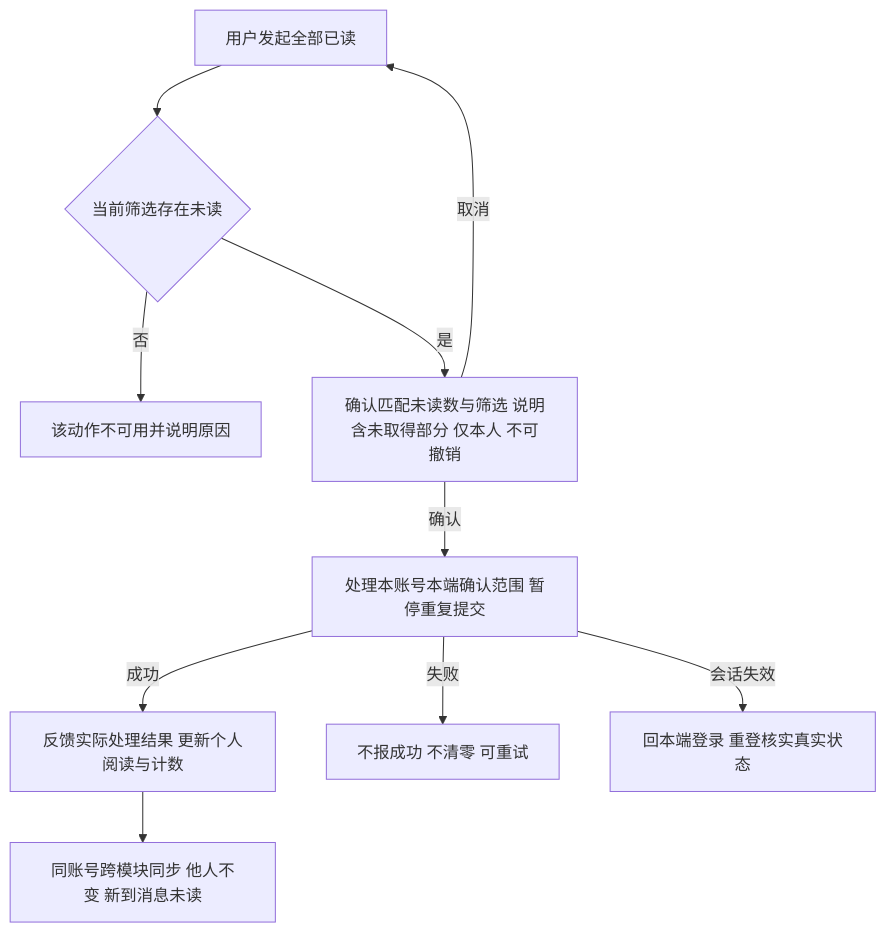
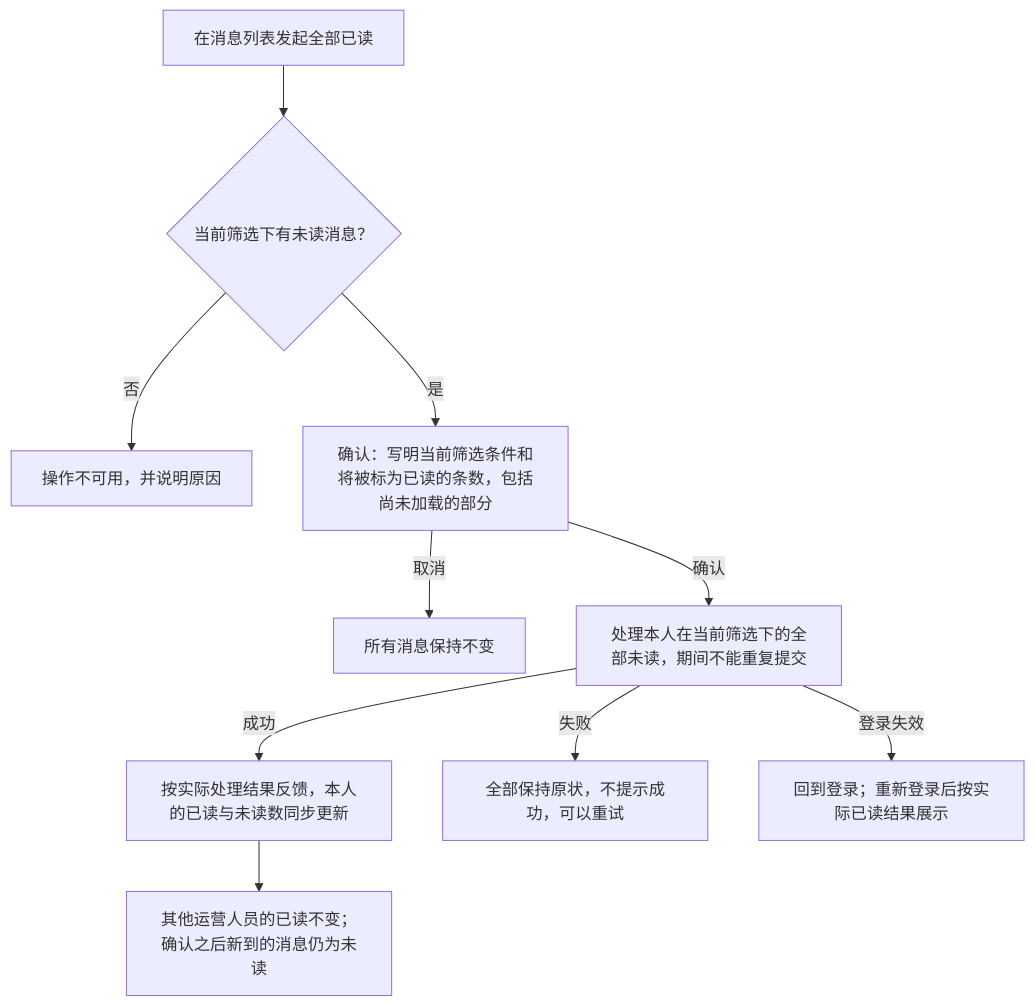
Before and after one commit to wxblockchain/Chain-Financing: the fourth of 7 diagrams in lending-platform/PRD/运营端/07-运营端消息通知/02-运营端消息通知-流程图与状态机.md, drawn with Mermaid. The commit also changed other lines of this file and 6 other files, not shown here.

````diff
--- a/lending-platform/PRD/运营端/07-运营端消息通知/02-运营端消息通知-流程图与状态机.md
+++ b/lending-platform/PRD/运营端/07-运营端消息通知/02-运营端消息通知-流程图与状态机.md
@@ -99,12 +93,12 @@
 ```mermaid
 flowchart TD
-    A[用户发起全部已读] --> B{当前筛选存在未读}
-    B -->|否| C[该动作不可用并说明原因]
-    B -->|是| D[确认匹配未读数与筛选 说明含未取得部分 仅本人 不可撤销]
-    D -->|取消| A
-    D -->|确认| E[处理本账号本端确认范围 暂停重复提交]
-    E -->|成功| F[反馈实际处理结果 更新个人阅读与计数]
-    E -->|失败| G[不报成功 不清零 可重试]
-    E -->|会话失效| H[回本端登录 重登核实真实状态]
-    F --> I[同账号跨模块同步 他人不变 新到消息未读]
+    A["在消息列表发起全部已读"] --> B{"当前筛选下有未读消息？"}
+    B -->|否| C["操作不可用，并说明原因"]
+    B -->|是| D["确认：写明当前筛选条件和将被标为已读的条数，包括尚未加载的部分"]
+    D -->|取消| E["所有消息保持不变"]
+    D -->|确认| F["处理本人在当前筛选下的全部未读，期间不能重复提交"]
+    F -->|成功| G["按实际处理结果反馈，本人的已读与未读数同步更新"]
+    F -->|失败| H["全部保持原状，不提示成功，可以重试"]
+    F -->|登录失效| I["回到登录；重新登录后按实际已读结果展示"]
+    G --> J["其他运营人员的已读不变；确认之后新到的消息仍为未读"]
 ```
````
